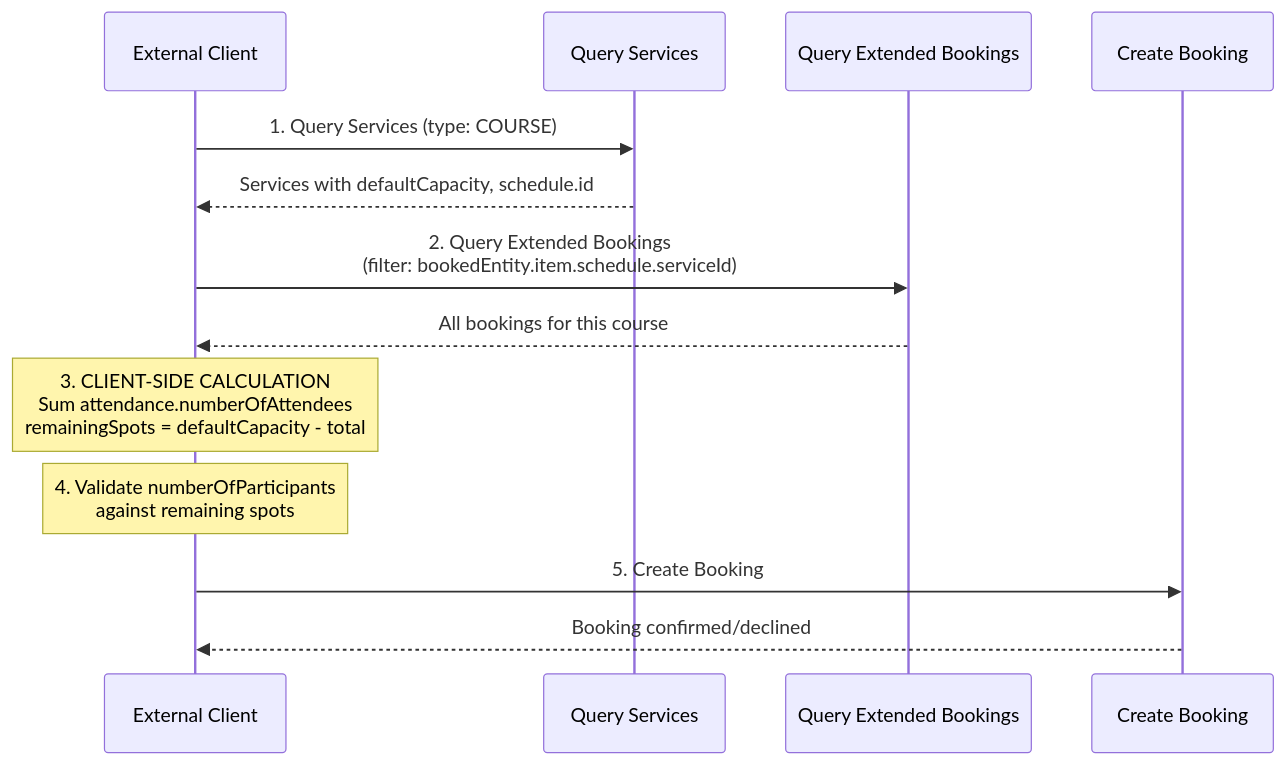
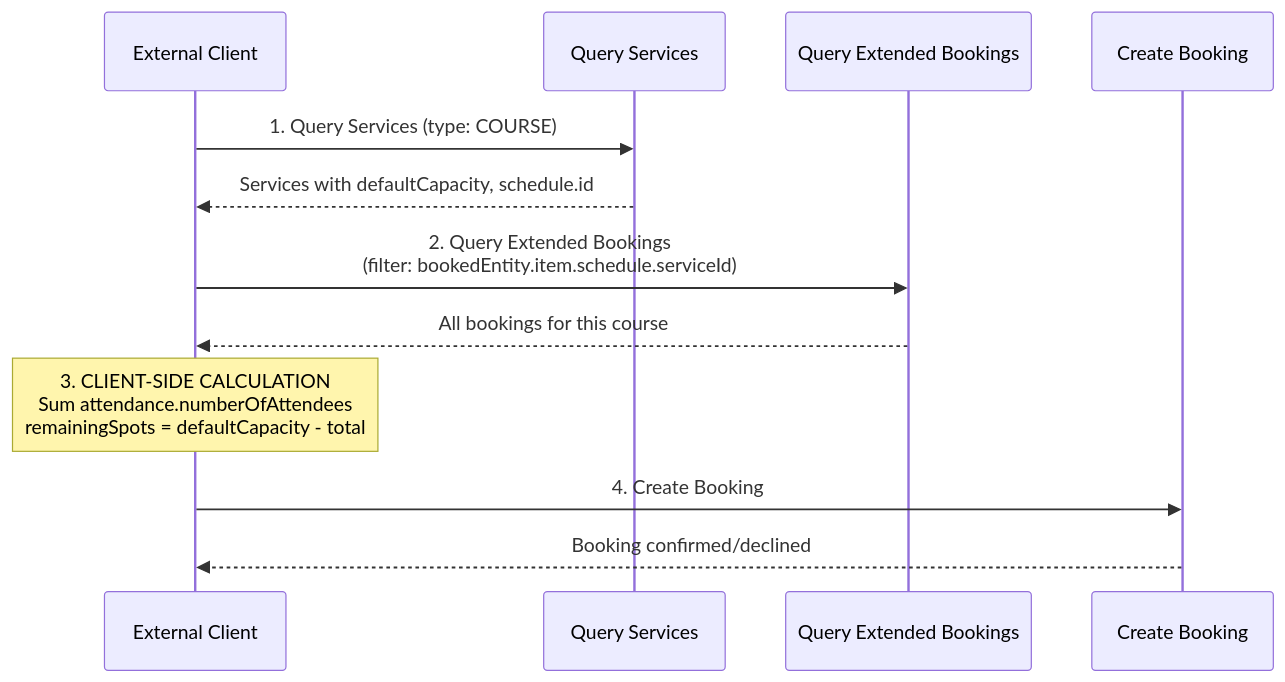
Before and after one commit to TamirCohen-Wix/Tamir-Learning: the sixth of 12 diagrams in Service-Availabilty/Course Availability Design - COMPLETE.md, drawn with Mermaid. The commit also changed other lines of this file and 1 other file, not shown here.

````diff
--- a/Service-Availabilty/Course Availability Design - COMPLETE.md
+++ b/Service-Availabilty/Course Availability Design - COMPLETE.md
@@ -327,20 +383,18 @@
 ```mermaid
 sequenceDiagram
     participant Client as External Client
     participant Services as Query Services
     participant Bookings as Query Extended Bookings
     participant CreateBooking as Create Booking
     
     Client->>Services: 1. Query Services (type: COURSE)
     Services-->>Client: Services with defaultCapacity, schedule.id
     
     Client->>Bookings: 2. Query Extended Bookings<br/>(filter: bookedEntity.item.schedule.serviceId)
     Bookings-->>Client: All bookings for this course
     
     Note over Client: 3. CLIENT-SIDE CALCULATION<br/>Sum attendance.numberOfAttendees<br/>remainingSpots = defaultCapacity - total
     
-    Note over Client: 4. Validate numberOfParticipants<br/>against remaining spots
-    
-    Client->>CreateBooking: 5. Create Booking
+    Client->>CreateBooking: 4. Create Booking
     CreateBooking-->>Client: Booking confirmed/declined
 ```
````
